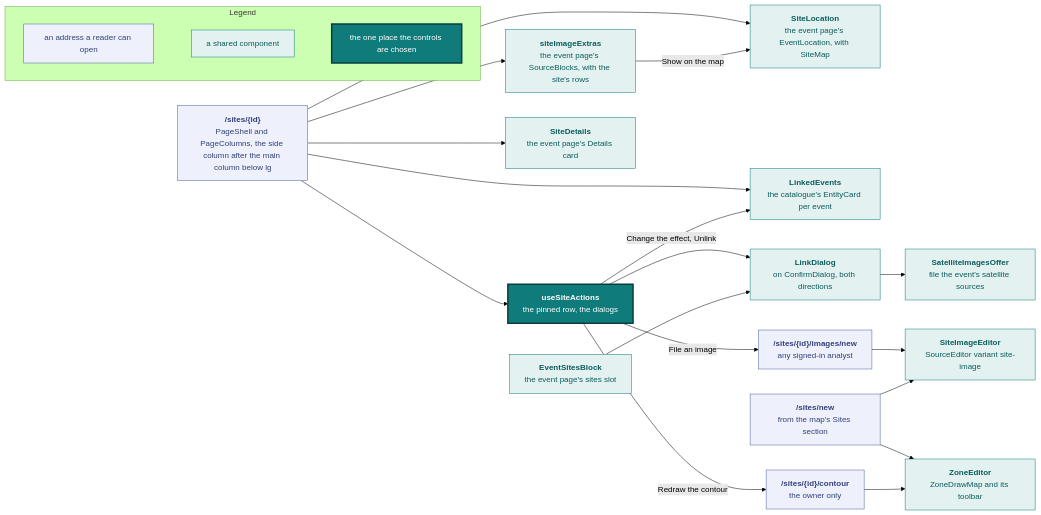
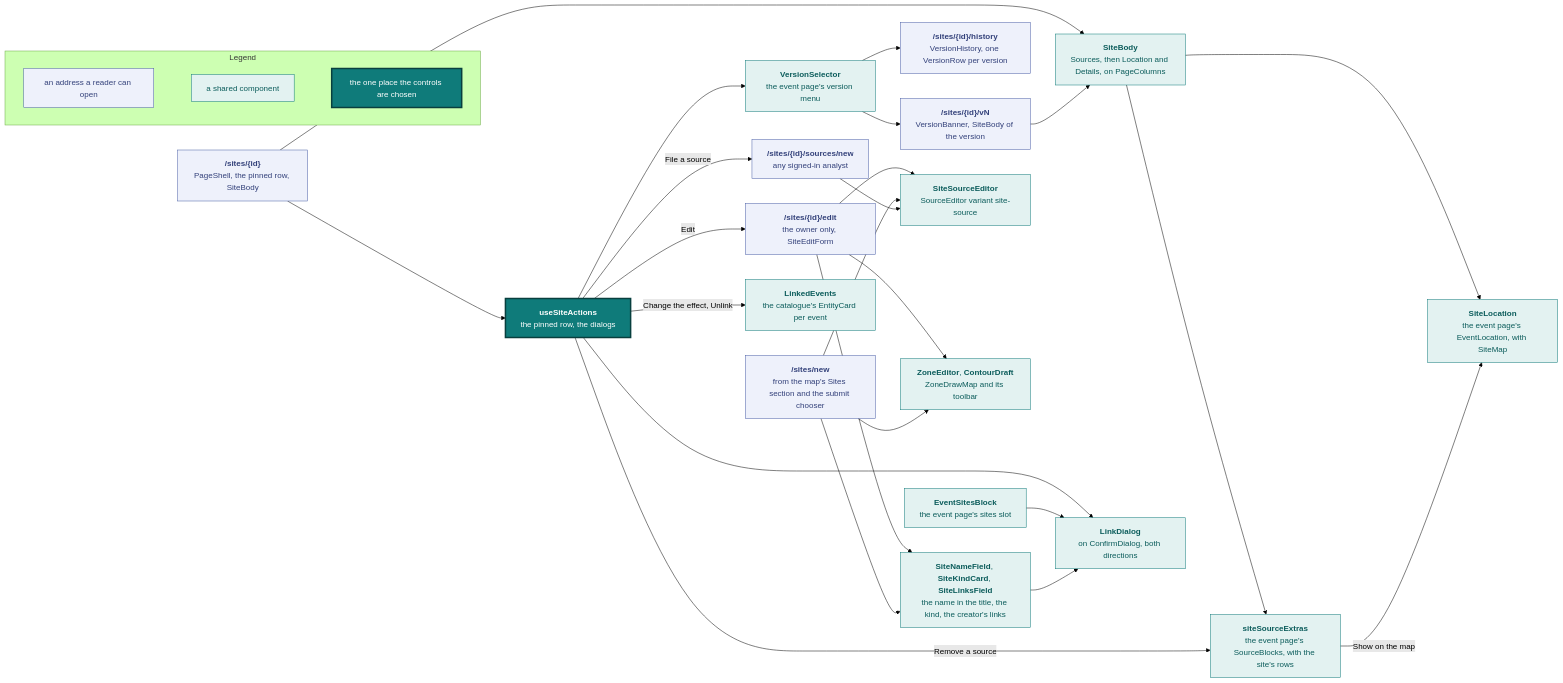
Diagram 15 of 17 in docs/design.md (vidithq/vidit), drawn with Mermaid (forest theme) before and after one commit. The commit also changed other lines of this file and 74 other files, not shown here.

First line of the commit message:
feat(sites): site versions, edit page, and submit tiles (#718)

````diff
--- a/docs/design.md
+++ b/docs/design.md
@@ -1528,60 +1528,73 @@
 ```mermaid
 flowchart LR
   classDef spec fill:#eef1fb,stroke:#4a5fa5,color:#33417a
   classDef shared fill:#e3f2f1,stroke:#0f7b7a,color:#0b5c5b
   classDef core fill:#0f7b7a,stroke:#083f3e,stroke-width:3px,color:#ffffff
 
   subgraph legend [Legend]
     direction LR
     l1["`an address a reader can open`"]:::spec
     l2["`a shared component`"]:::shared
     l3["`the one place the controls are chosen`"]:::core
     l1 ~~~ l2 ~~~ l3
   end
 
   page["`**/sites/{id}**
-  PageShell and PageColumns, the side column after the main column below lg`"]:::spec
+  PageShell, the pinned row, SiteBody`"]:::spec
+  version["`**/sites/{id}/vN**
+  VersionBanner, SiteBody of the version`"]:::spec
+  history["`**/sites/{id}/history**
+  VersionHistory, one VersionRow per version`"]:::spec
+  edit["`**/sites/{id}/edit**
+  the owner only, SiteEditForm`"]:::spec
+  file["`**/sites/{id}/sources/new**
+  any signed-in analyst`"]:::spec
+  create["`**/sites/new**
+  from the map's Sites section and the submit chooser`"]:::spec
   actions["`**useSiteActions**
   the pinned row, the dialogs`"]:::core
-  card["`**siteImageExtras**
+  body["`**SiteBody**
+  Sources, then Location and Details, on PageColumns`"]:::shared
+  selector["`**VersionSelector**
+  the event page's version menu`"]:::shared
+  card["`**siteSourceExtras**
   the event page's SourceBlocks, with the site's rows`"]:::shared
   zone["`**SiteLocation**
   the event page's EventLocation, with SiteMap`"]:::shared
-  details["`**SiteDetails**
-  the event page's Details card`"]:::shared
   linked["`**LinkedEvents**
   the catalogue's EntityCard per event`"]:::shared
   dialog["`**LinkDialog**
   on ConfirmDialog, both directions`"]:::shared
-  offer["`**SatelliteImagesOffer**
-  file the event's satellite sources`"]:::shared
-  file["`**/sites/{id}/images/new**
-  any signed-in analyst`"]:::spec
-  contour["`**/sites/{id}/contour**
-  the owner only`"]:::spec
-  create["`**/sites/new**
-  from the map's Sites section`"]:::spec
-  imageed["`**SiteImageEditor**
-  SourceEditor variant site-image`"]:::shared
-  zoneed["`**ZoneEditor**
+  fields["`**SiteNameField**, **SiteKindCard**, **SiteLinksField**
+  the name in the title, the kind, the creator's links`"]:::shared
+  sourceEd["`**SiteSourceEditor**
+  SourceEditor variant site-source`"]:::shared
+  zoneed["`**ZoneEditor**, **ContourDraft**
   ZoneDrawMap and its toolbar`"]:::shared
   event["`**EventSitesBlock**
   the event page's sites slot`"]:::shared
 
   page --> actions
-  page --> card
-  page --> zone
-  page --> details
-  page --> linked
+  page --> body
+  version --> body
+  body --> card
+  body --> zone
   card -->|"Show on the map"| zone
+  actions --> selector
   actions -->|"Change the effect, Unlink"| linked
+  actions -->|"Remove a source"| card
   actions --> dialog
   event --> dialog
-  dialog --> offer
-  actions -->|"File an image"| file
-  actions -->|"Redraw the contour"| contour
-  file --> imageed
-  create --> imageed
+  selector --> version
+  selector --> history
+  actions -->|"Edit"| edit
+  actions -->|"File a source"| file
+  edit --> fields
+  edit --> sourceEd
+  edit --> zoneed
+  create --> fields
+  create --> sourceEd
   create --> zoneed
-  contour --> zoneed
+  fields --> dialog
+  file --> sourceEd
 ```
````
